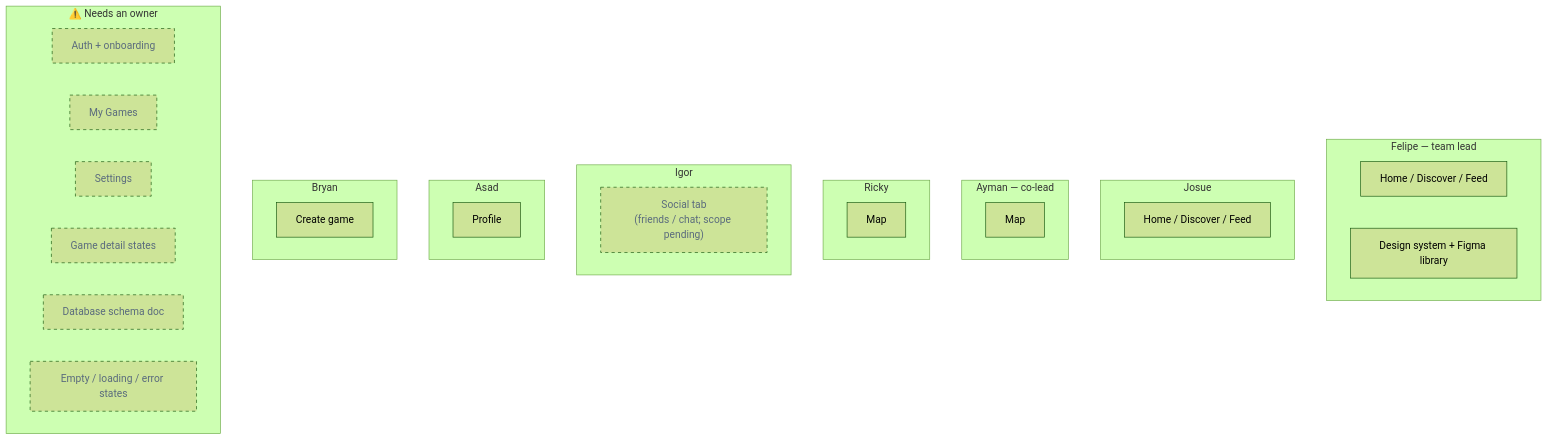
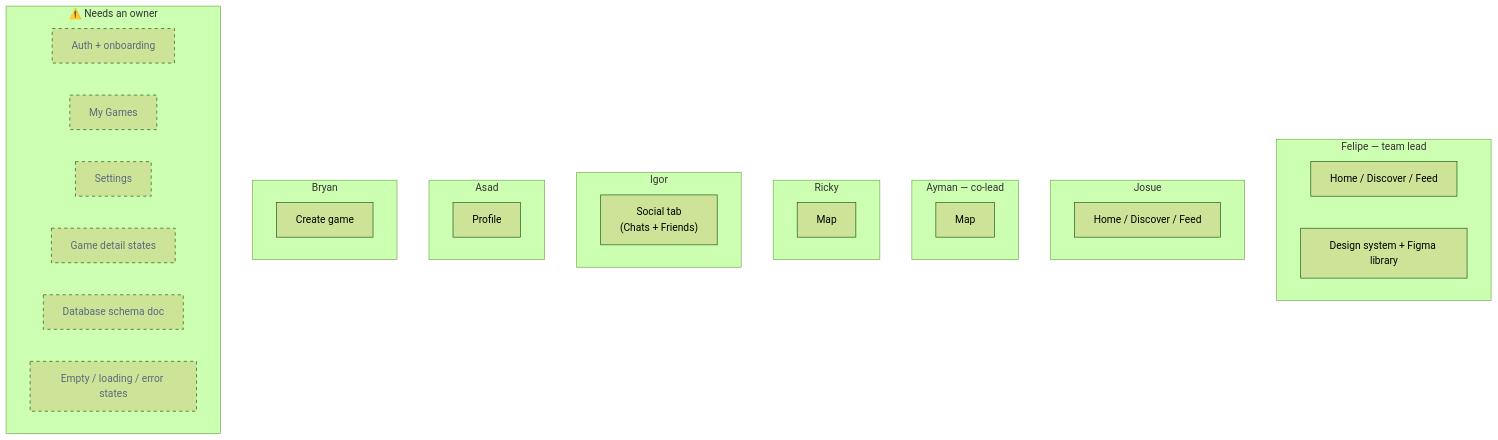
The ninth of 9 diagrams in docs/ARCHITECTURE.md (aymanlaassel/pantherplay), drawn with Mermaid (forest theme) before and after one commit. The commit also changed other lines of this file, not shown here.

Commit message:
Mark Social tab scope as decided in architecture doc

````diff
--- a/docs/ARCHITECTURE.md
+++ b/docs/ARCHITECTURE.md
@@ -460,36 +460,36 @@
 ```mermaid
 flowchart TB
   subgraph Felipe["Felipe — team lead"]
     F1["Home / Discover / Feed"]
     F2["Design system + Figma library"]
   end
   subgraph Josue["Josue"]
     J1["Home / Discover / Feed"]
   end
   subgraph Ayman["Ayman — co-lead"]
     A1["Map"]
   end
   subgraph Ricky["Ricky"]
     R1["Map"]
   end
   subgraph Igor["Igor"]
-    I1["Social tab<br/>(friends / chat; scope pending)"]
+    I1["Social tab<br/>(Chats + Friends)"]
   end
   subgraph Asad["Asad"]
     S1["Profile"]
   end
   subgraph Bryan["Bryan"]
     B1["Create game"]
   end
   subgraph Unowned["⚠️ Needs an owner"]
     U1["Auth + onboarding"]
     U2["My Games"]
     U3["Settings"]
     U4["Game detail states"]
     U5["Database schema doc"]
     U6["Empty / loading / error states"]
   end
 
   classDef pending stroke-dasharray: 5 5,color:#5A6B7D
-  class I1,U1,U2,U3,U4,U5,U6 pending
+  class U1,U2,U3,U4,U5,U6 pending
 ```
````
